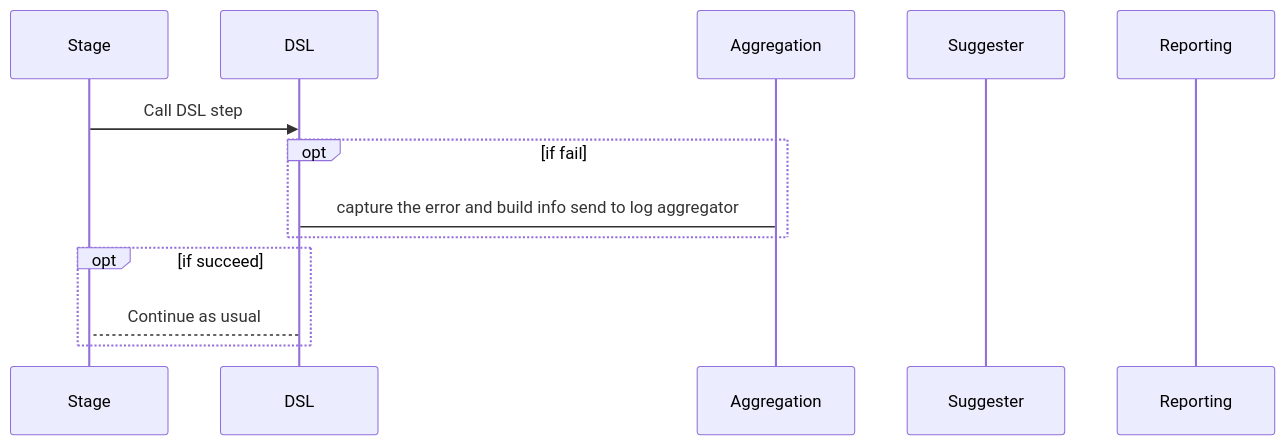
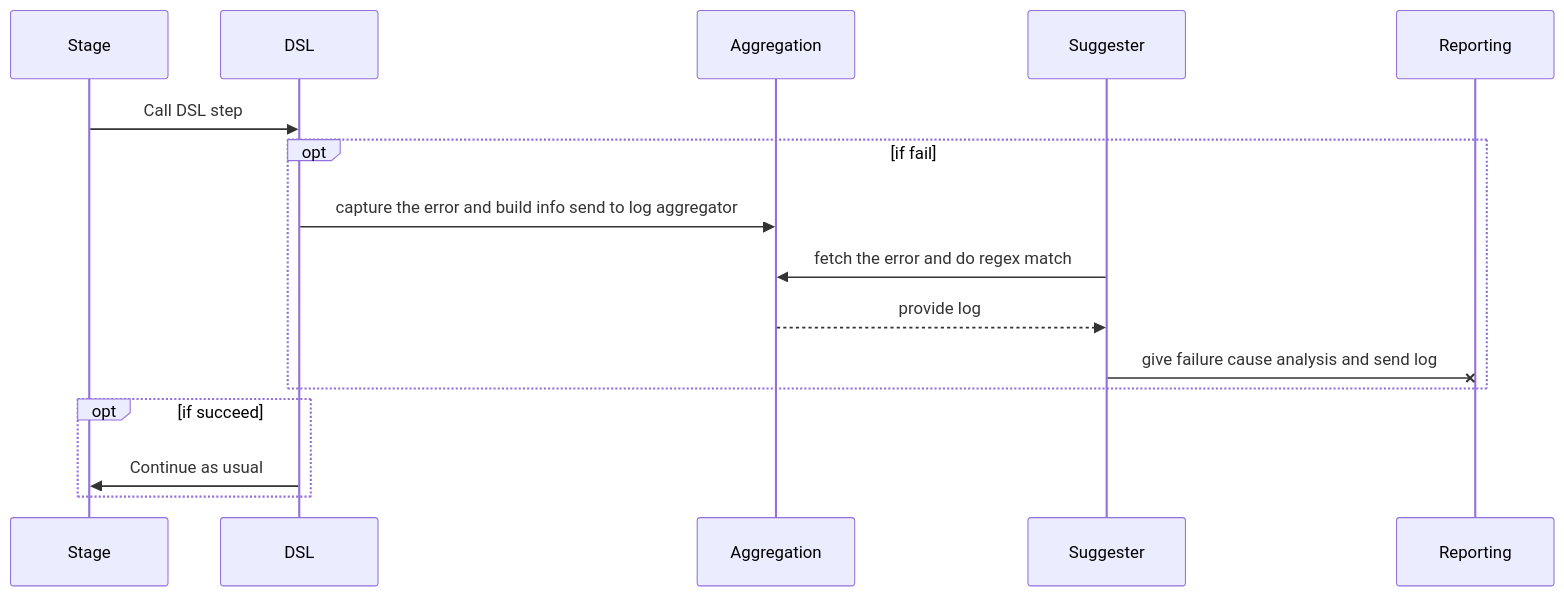
Before and after one commit to ecigar13/jenkins-failure-suggestion: the diagram in README.md, drawn with Mermaid.

Commit message:
3/18/2022 1:08:56 AM

````diff
--- a/README.md
+++ b/README.md
@@ -15,15 +15,19 @@
 ```mermaid
 sequenceDiagram
 participant Stage
 participant DSL
 participant Aggregation
 participant Suggester
 participant Reporting
+
 Stage ->> DSL: Call DSL step
 opt if fail
-	DSL -> Aggregation: capture the error and build info send to log aggregator
+	DSL ->> Aggregation: capture the error and build info send to log aggregator
+	Suggester ->> Aggregation: fetch the error and do regex match
+	Aggregation -->> Suggester: provide log
+	Suggester -x Reporting: give failure cause analysis and send log
 end
 opt if succeed
-	DSL --> Stage: Continue as usual
+	DSL ->> Stage: Continue as usual
 end
 ```
````
